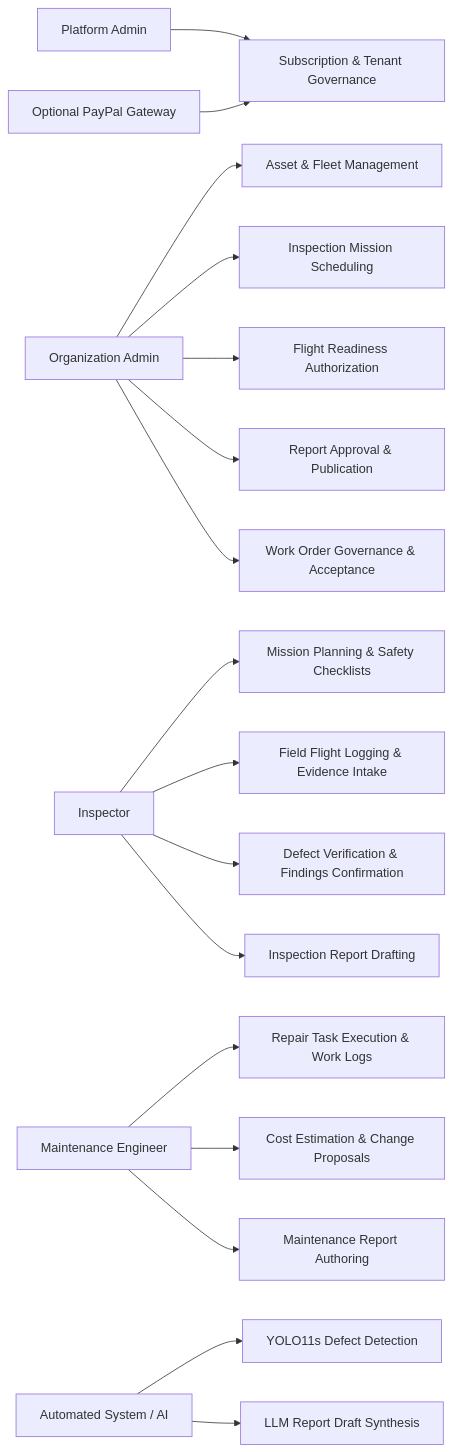
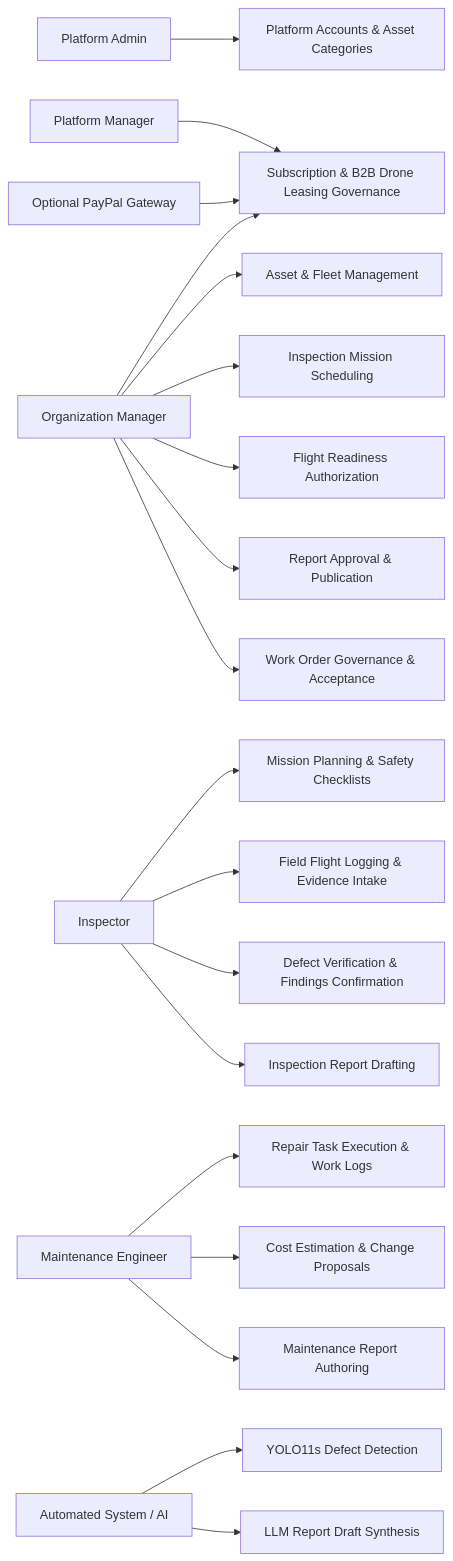
The diagram in reports/report-3-software-requirement-specification/02-user-requirements.md (tungbach12/SmartDroneInspection-Docs), drawn with Mermaid before and after one commit. The commit also changed other lines of this file and 22 other files, not shown here.

First line of the commit message:
docs(platform): document role restructure, B2B drone leasing, and 3NF MF2 schema consolidation (#67)

````diff
--- a/reports/report-3-software-requirement-specification/02-user-requirements.md
+++ b/reports/report-3-software-requirement-specification/02-user-requirements.md
@@ -27,22 +28,24 @@
 ```mermaid
 flowchart LR
-  PA["Platform Admin"] --> UC_SUB["Subscription & Tenant Governance"]
+  PA["Platform Admin"] --> UC_GOV["Platform Accounts & Asset Categories"]
+  PM["Platform Manager"] --> UC_SUB["Subscription & B2B Drone Leasing Governance"]
   PP["Optional PayPal Gateway"] --> UC_SUB
-  OA["Organization Admin"] --> UC_ASSET["Asset & Fleet Management"]
-  OA --> UC_SCHED["Inspection Mission Scheduling"]
-  OA --> UC_AUTH["Flight Readiness Authorization"]
-  OA --> UC_REV["Report Approval & Publication"]
-  OA --> UC_MAINT_GOV["Work Order Governance & Acceptance"]
+  OM["Organization Manager"] --> UC_SUB
+  OM --> UC_ASSET["Asset & Fleet Management"]
+  OM --> UC_SCHED["Inspection Mission Scheduling"]
+  OM --> UC_AUTH["Flight Readiness Authorization"]
+  OM --> UC_REV["Report Approval & Publication"]
+  OM --> UC_MAINT_GOV["Work Order Governance & Acceptance"]
 
   IN["Inspector"] --> UC_PREP["Mission Planning & Safety Checklists"]
   IN --> UC_EXEC["Field Flight Logging & Evidence Intake"]
   IN --> UC_DEFECT["Defect Verification & Findings Confirmation"]
   IN --> UC_REP_AUTH["Inspection Report Drafting"]
 
   ME["Maintenance Engineer"] --> UC_TASK["Repair Task Execution & Work Logs"]
   ME --> UC_EST["Cost Estimation & Change Proposals"]
   ME --> UC_COMP_AUTH["Maintenance Report Authoring"]
 
   SYS["Automated System / AI"] --> UC_AI["YOLO11s Defect Detection"]
   SYS --> UC_LLM["LLM Report Draft Synthesis"]
 ```
````
